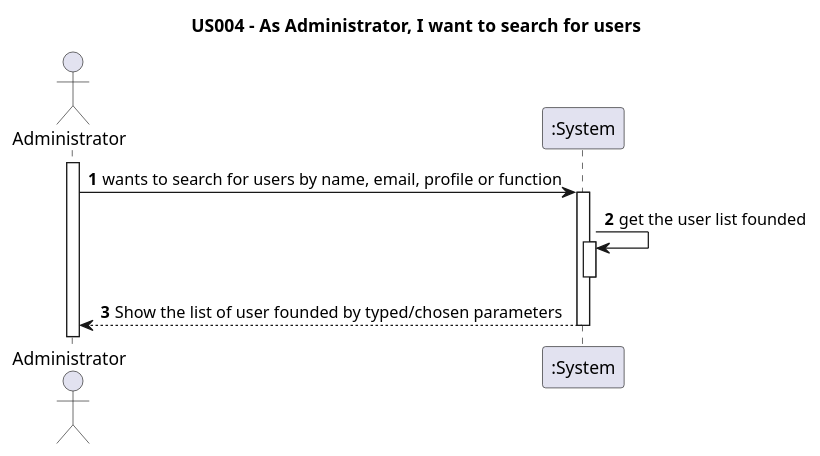
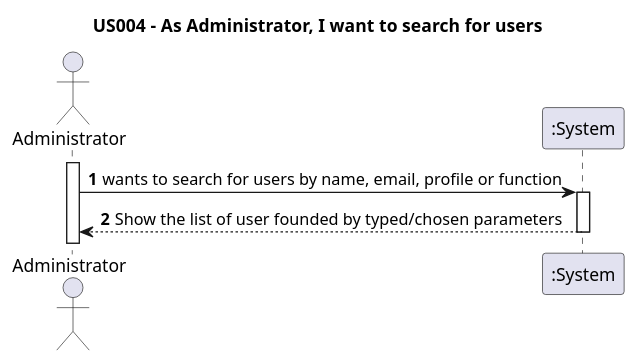
The diagram in docs/Sprint1/US004/US004-SSD.puml (nunogon1211787/projectManagement), drawn with PlantUML before and after one commit. The commit also changed 152 other files, not shown here.

```diff
--- a/docs/Sprint1/US004/US004-SSD.puml
+++ b/docs/Sprint1/US004/US004-SSD.puml
@@ -1,19 +1,17 @@
 @startuml
 'https://plantuml.com/sequence-diagram
 
 title US004 - As Administrator, I want to search for users
 
 autoactivate on
 autonumber
 
 actor "Administrator" as User
 participant ":System" as System
 
 activate User
 
 User -> System: wants to search for users by name, email, profile or function
-System->System: get the user list founded
-deactivate System
 System-->User: Show the list of user founded by typed/chosen parameters
 
 @enduml
```
